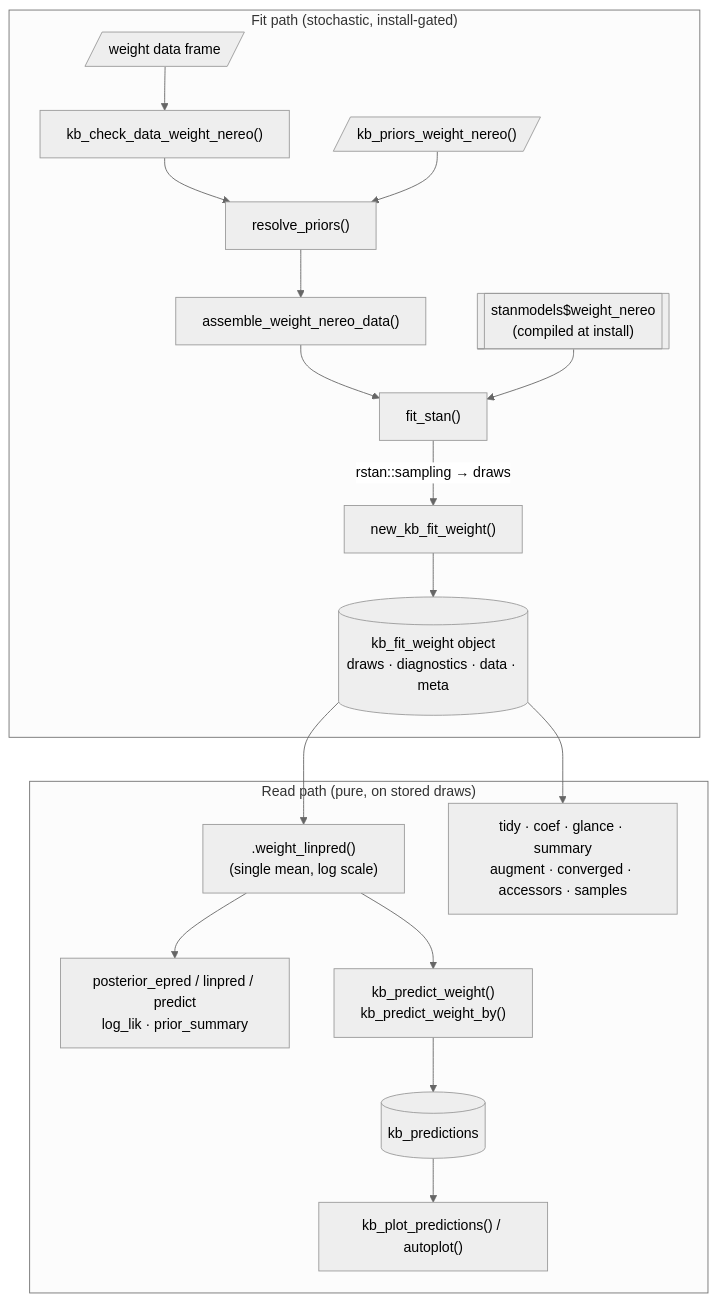
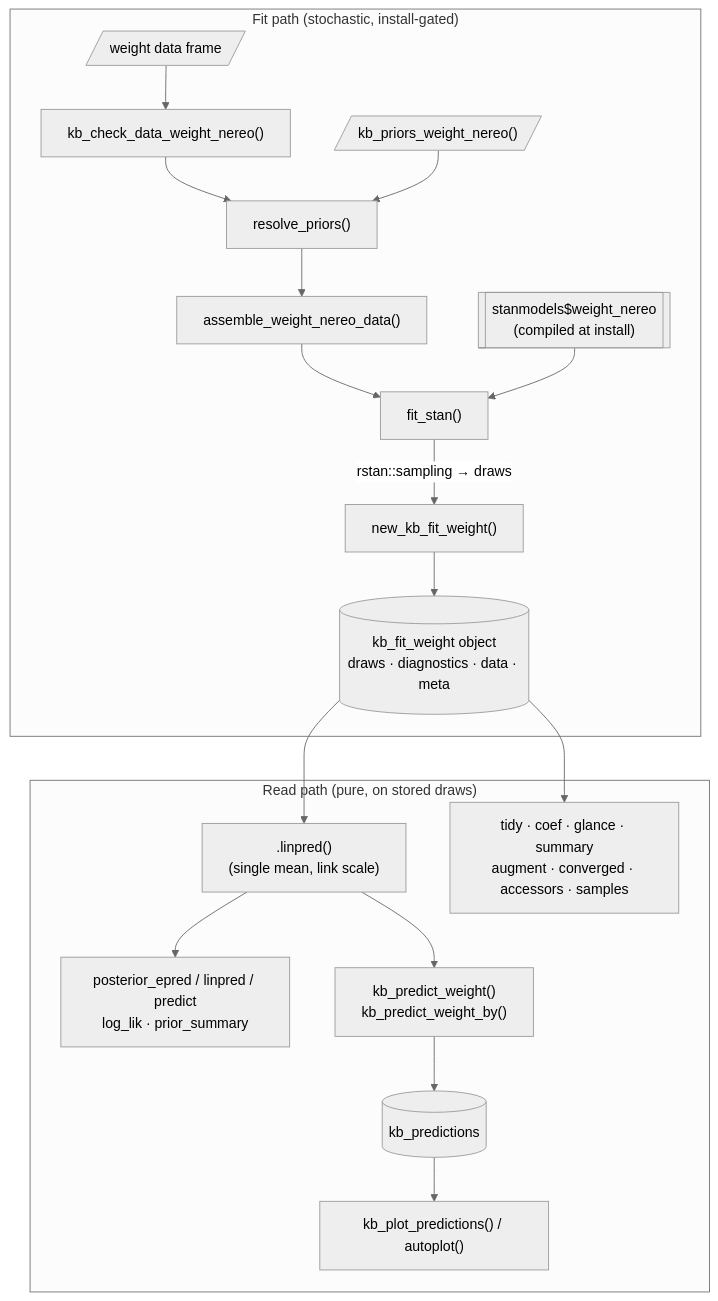
Before and after one commit to HakaiInstitute/kelpbio: the diagram in decisions/architecture.md, drawn with Mermaid (neutral theme). The commit also changed other lines of this file and 68 other files, not shown here.

````diff
--- a/decisions/architecture.md
+++ b/decisions/architecture.md
@@ -15,22 +15,22 @@
 ```mermaid
 flowchart TD
     subgraph fit["Fit path (stochastic, install-gated)"]
         DATA[/"weight data frame"/] --> CHK["kb_check_data_weight_nereo()"]
         CHK --> RP["resolve_priors()"]
         PRIORS[/"kb_priors_weight_nereo()"/] --> RP
         RP --> ASM["assemble_weight_nereo_data()"]
         ASM --> FS["fit_stan()"]
         SM[["stanmodels$weight_nereo<br/>(compiled at install)"]] --> FS
         FS -->|"rstan::sampling → draws"| CTOR["new_kb_fit_weight()"]
         CTOR --> FITOBJ[("kb_fit_weight object<br/>draws · diagnostics · data · meta")]
     end
 
     subgraph read["Read path (pure, on stored draws)"]
-        FITOBJ --> LP[".weight_linpred()<br/>(single mean, log scale)"]
+        FITOBJ --> LP[".linpred()<br/>(single mean, link scale)"]
         LP --> GEN["posterior_epred / linpred / predict<br/>log_lik · prior_summary"]
         LP --> PV["kb_predict_weight()<br/>kb_predict_weight_by()"]
         PV --> PRED[("kb_predictions")]
         PRED --> PLOT["kb_plot_predictions() / autoplot()"]
         FITOBJ --> SUMM["tidy · coef · glance · summary<br/>augment · converged · accessors · samples"]
     end
 ```
````
